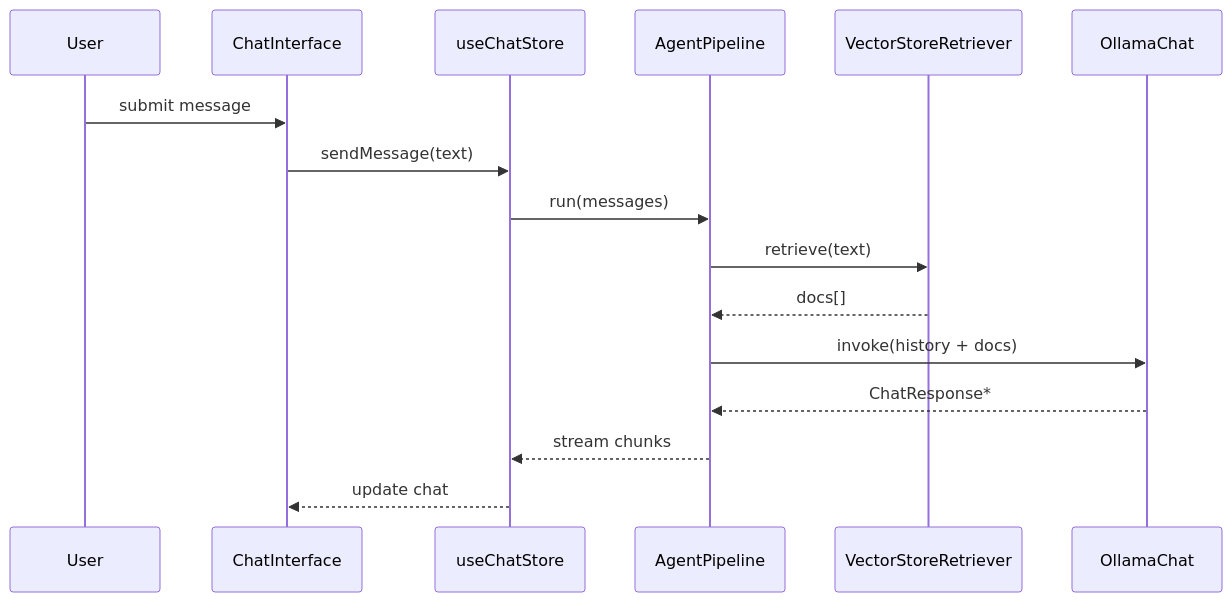
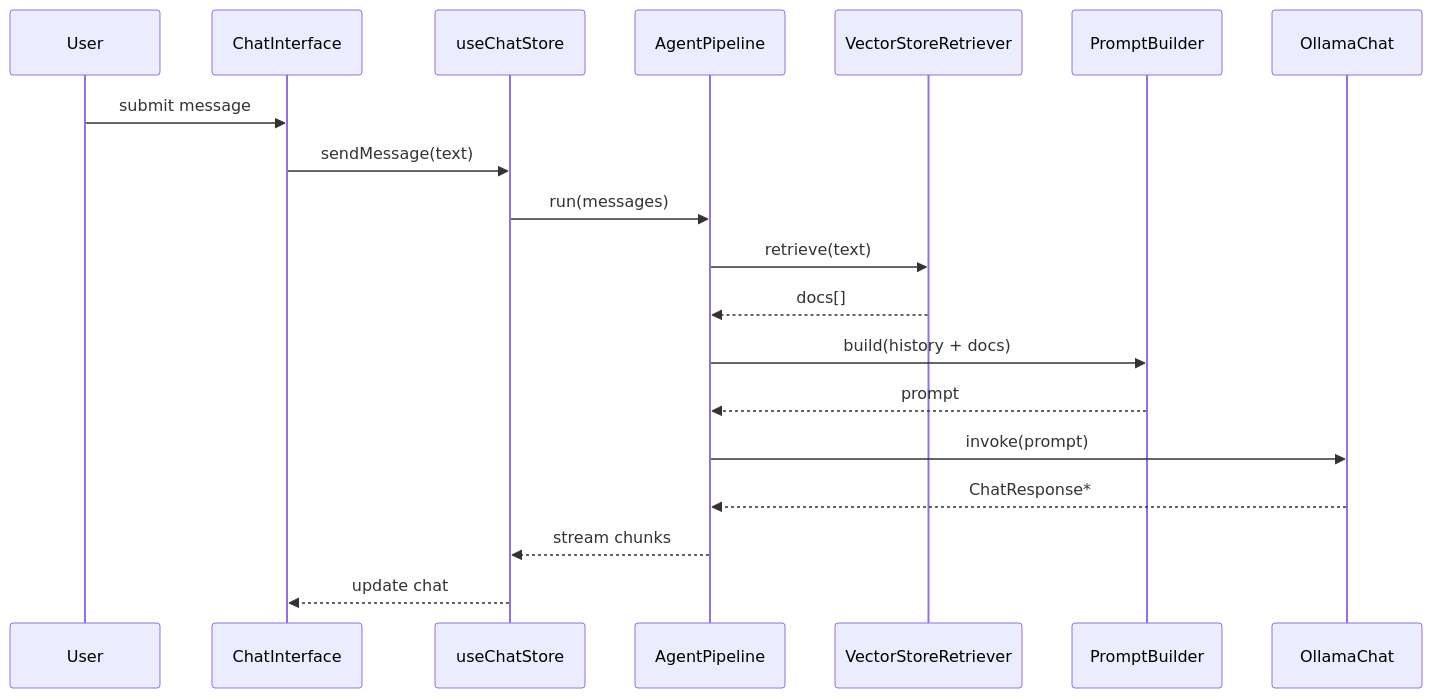
One commit to Cstannahill/ollama-web changed the third of 3 diagrams in lang-implementation.md. Above: the diagram before and after it, drawn with Mermaid. The commit also changed other lines of this file and 1 other file, not shown here.

````diff
--- a/lang-implementation.md
+++ b/lang-implementation.md
@@ -79,18 +71,21 @@
 ```mermaid
 sequenceDiagram
     participant User
     participant UI as ChatInterface
     participant Store as useChatStore
     participant Pipeline as AgentPipeline
     participant Retriever as VectorStoreRetriever
+    participant Prompt as PromptBuilder
     participant LLM as OllamaChat
     User->>UI: submit message
     UI->>Store: sendMessage(text)
     Store->>Pipeline: run(messages)
     Pipeline->>Retriever: retrieve(text)
     Retriever-->>Pipeline: docs[]
-    Pipeline->>LLM: invoke(history + docs)
+    Pipeline->>Prompt: build(history + docs)
+    Prompt-->>Pipeline: prompt
+    Pipeline->>LLM: invoke(prompt)
     LLM-->>Pipeline: ChatResponse*
     Pipeline-->>Store: stream chunks
     Store-->>UI: update chat
 ```
````
